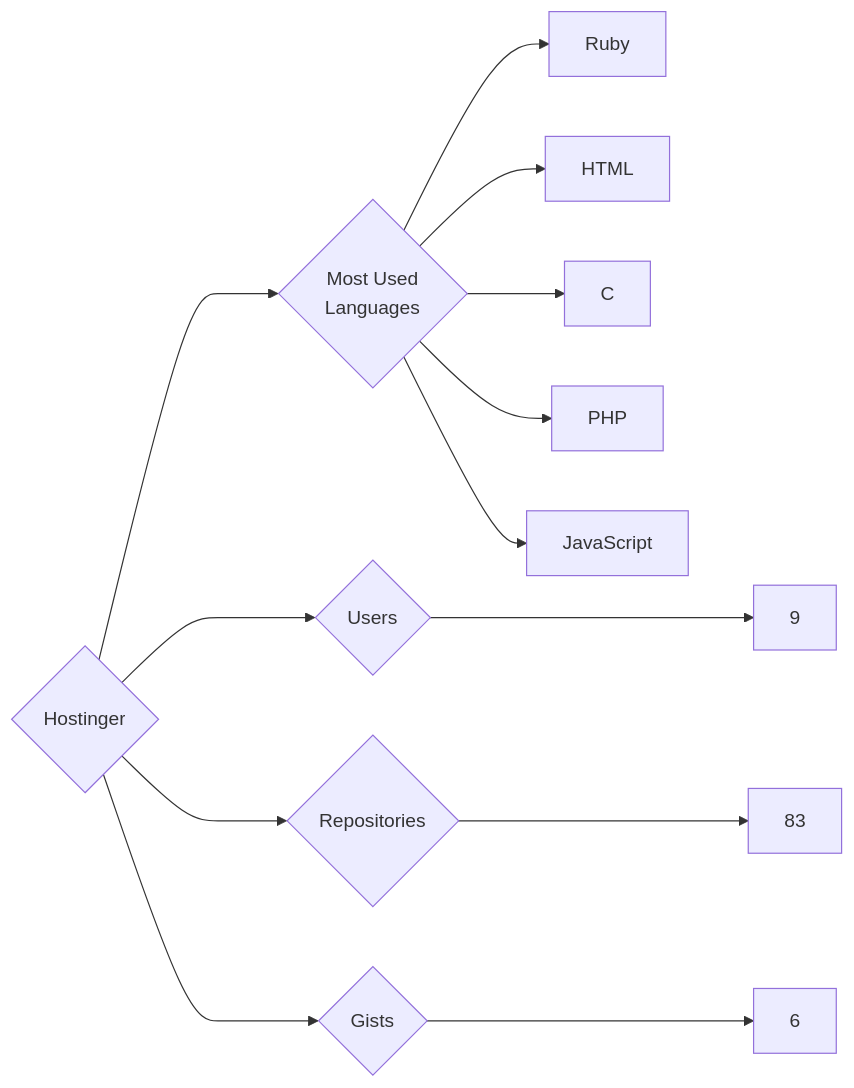
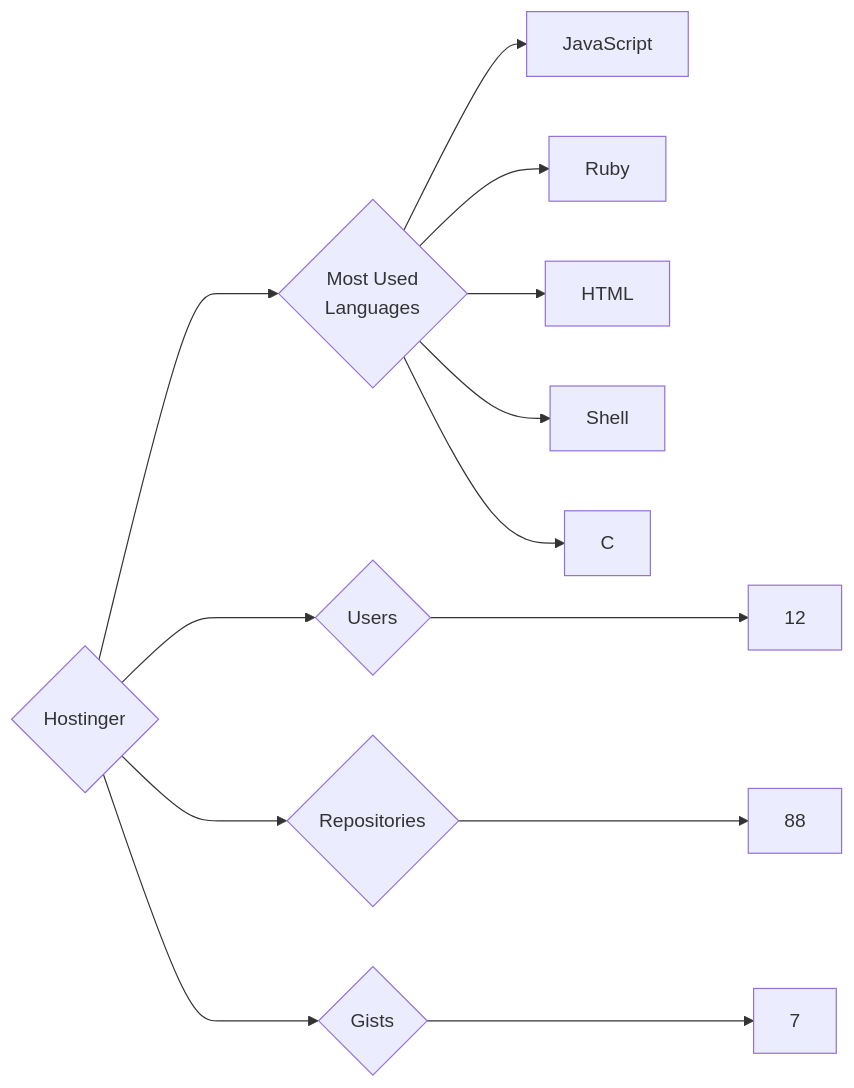
Before and after one commit to trickest/insiders: the diagram in targets/Hostinger/README.md, drawn with Mermaid. The commit also changed 916 other files, not shown here.

````diff
--- a/targets/Hostinger/README.md
+++ b/targets/Hostinger/README.md
@@ -3,13 +3,13 @@
 ```mermaid
 graph LR
 COMPANY_NAME{Hostinger}
-COMPANY_NAME ---> U{Users} ---> UN[9]
-COMPANY_NAME ---> R{Repositories} ---> RN[83]
-COMPANY_NAME ---> G{Gists} ---> GN[6]
+COMPANY_NAME ---> U{Users} ---> UN[12]
+COMPANY_NAME ---> R{Repositories} ---> RN[88]
+COMPANY_NAME ---> G{Gists} ---> GN[7]
 COMPANY_NAME ---> ML{Most Used<br>Languages}
+ML --> JavaScript[JavaScript]
 ML --> Ruby[Ruby]
 ML --> HTML[HTML]
+ML --> Shell[Shell]
 ML --> C[C]
-ML --> PHP[PHP]
-ML --> JavaScript[JavaScript]
 ```
````
